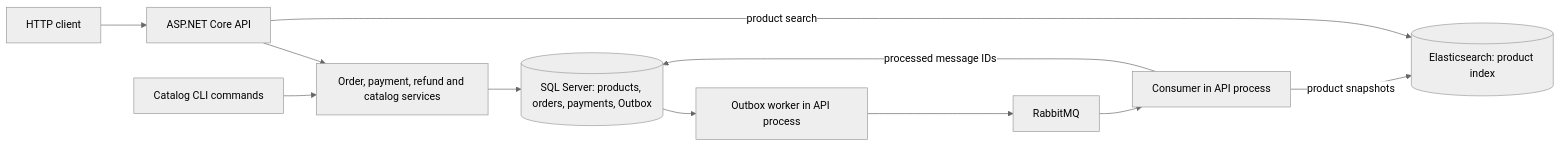
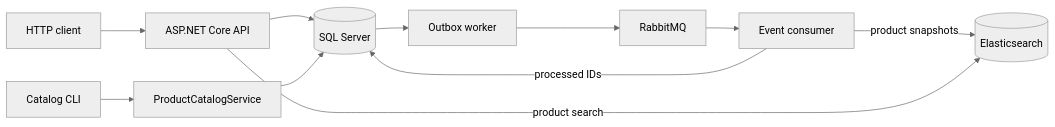
Before and after one commit to turingzhi/ecommerce: the diagram in README.md, drawn with Mermaid (neutral theme). The commit also changed other lines of this file and 11 other files, not shown here.

````diff
--- a/README.md
+++ b/README.md
@@ -32,13 +34,13 @@
 ```mermaid
 flowchart LR
     Client[HTTP client] --> API[ASP.NET Core API]
-    API --> Business[Order, payment, refund and catalog services]
-    Business --> SQL[(SQL Server: products, orders, payments, Outbox)]
-    CLI[Catalog CLI commands] --> Business
-    SQL --> Worker[Outbox worker in API process]
-    Worker --> MQ[RabbitMQ]
-    MQ --> Consumer[Consumer in API process]
-    Consumer -->|product snapshots| ES[(Elasticsearch: product index)]
-    Consumer -->|processed message IDs| SQL
+    API --> SQL[(SQL Server)]
+    CLI[Catalog CLI] --> Catalog[ProductCatalogService]
+    Catalog --> SQL
+    SQL --> Outbox[Outbox worker]
+    Outbox --> MQ[RabbitMQ]
+    MQ --> Consumer[Event consumer]
+    Consumer -->|product snapshots| ES[(Elasticsearch)]
+    Consumer -->|processed IDs| SQL
     API -->|product search| ES
 ```
````
